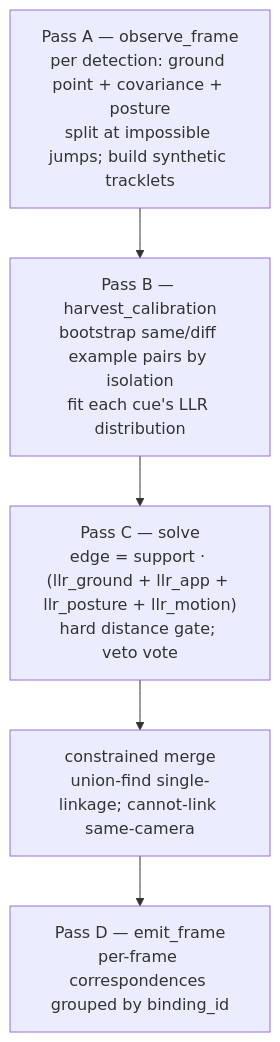
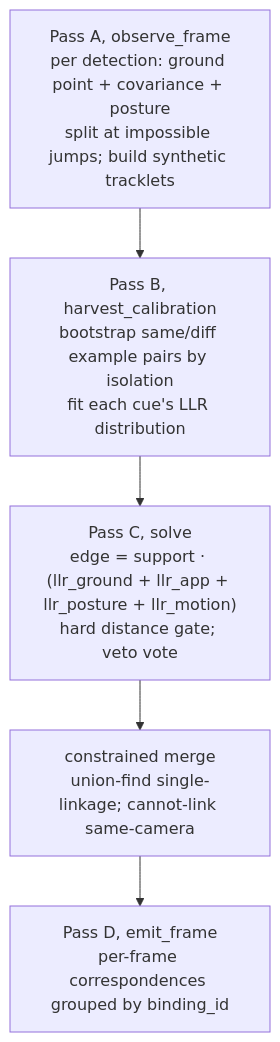
One commit to aksh-0407/pipetrack changed the diagram in docs/pipeline/03-association.md. Above: the diagram before and after it, drawn with Mermaid. The commit also changed other lines of this file and 65 other files, not shown here.

````diff
--- a/docs/pipeline/03-association.md
+++ b/docs/pipeline/03-association.md
@@ -118,8 +118,8 @@
 ```mermaid
 flowchart TD
-  A["Pass A — observe_frame<br/>per detection: ground point + covariance + posture<br/>split at impossible jumps; build synthetic tracklets"]
-  A --> B["Pass B — harvest_calibration<br/>bootstrap same/diff example pairs by isolation<br/>fit each cue's LLR distribution"]
-  B --> C["Pass C — solve<br/>edge = support · (llr_ground + llr_app + llr_posture + llr_motion)<br/>hard distance gate; veto vote"]
+  A["Pass A, observe_frame<br/>per detection: ground point + covariance + posture<br/>split at impossible jumps; build synthetic tracklets"]
+  A --> B["Pass B, harvest_calibration<br/>bootstrap same/diff example pairs by isolation<br/>fit each cue's LLR distribution"]
+  B --> C["Pass C, solve<br/>edge = support · (llr_ground + llr_app + llr_posture + llr_motion)<br/>hard distance gate; veto vote"]
   C --> M["constrained merge<br/>union-find single-linkage; cannot-link same-camera"]
-  M --> D["Pass D — emit_frame<br/>per-frame correspondences grouped by binding_id"]
+  M --> D["Pass D, emit_frame<br/>per-frame correspondences grouped by binding_id"]
 ```
````
